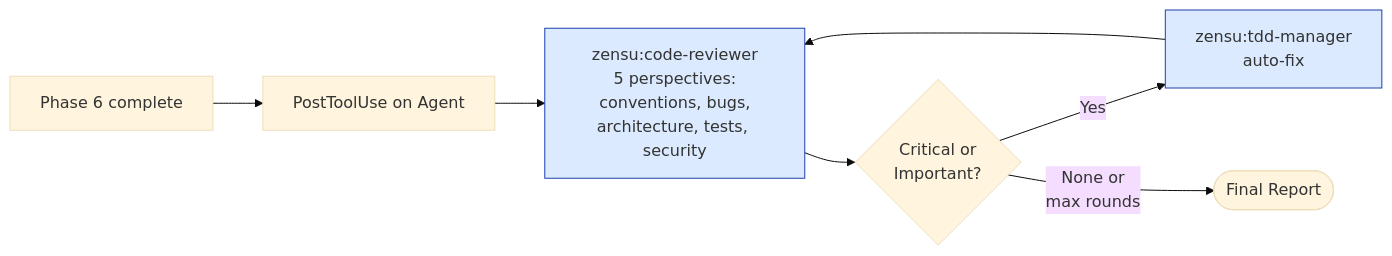
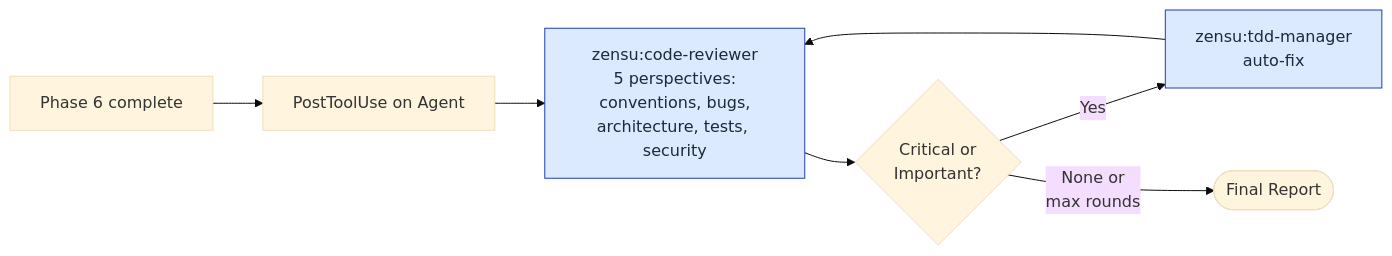
One commit to MKITConsulting/zensu-claude-code changed the fourth of 4 diagrams in docs/tdd-manager-workflow.md. Above: the diagram before and after it, drawn with Mermaid (base theme). The commit also changed other lines of this file, not shown here.

First line of the commit message:
docs(tdd-manager): improve Mermaid text contrast on dark themes

````diff
--- a/docs/tdd-manager-workflow.md
+++ b/docs/tdd-manager-workflow.md
@@ -231,12 +231,12 @@
 ```mermaid
 flowchart LR
     P6[Phase 6 complete] --> Hook[PostToolUse on Agent]
     Hook --> Reviewer[zensu:code-reviewer<br/>5 perspectives:<br/>conventions, bugs,<br/>architecture, tests, security]
     Reviewer --> Findings{Critical or<br/>Important?}
     Findings -->|Yes| Fix[zensu:tdd-manager<br/>auto-fix]
     Fix --> Reviewer
     Findings -->|None or<br/>max rounds| Done([Final Report])
 
-    style Reviewer fill:#dbeafe,stroke:#1e40af
-    style Fix fill:#dbeafe,stroke:#1e40af
+    style Reviewer fill:#dbeafe,stroke:#1e40af,color:#1e293b
+    style Fix fill:#dbeafe,stroke:#1e40af,color:#1e293b
 ```
````
